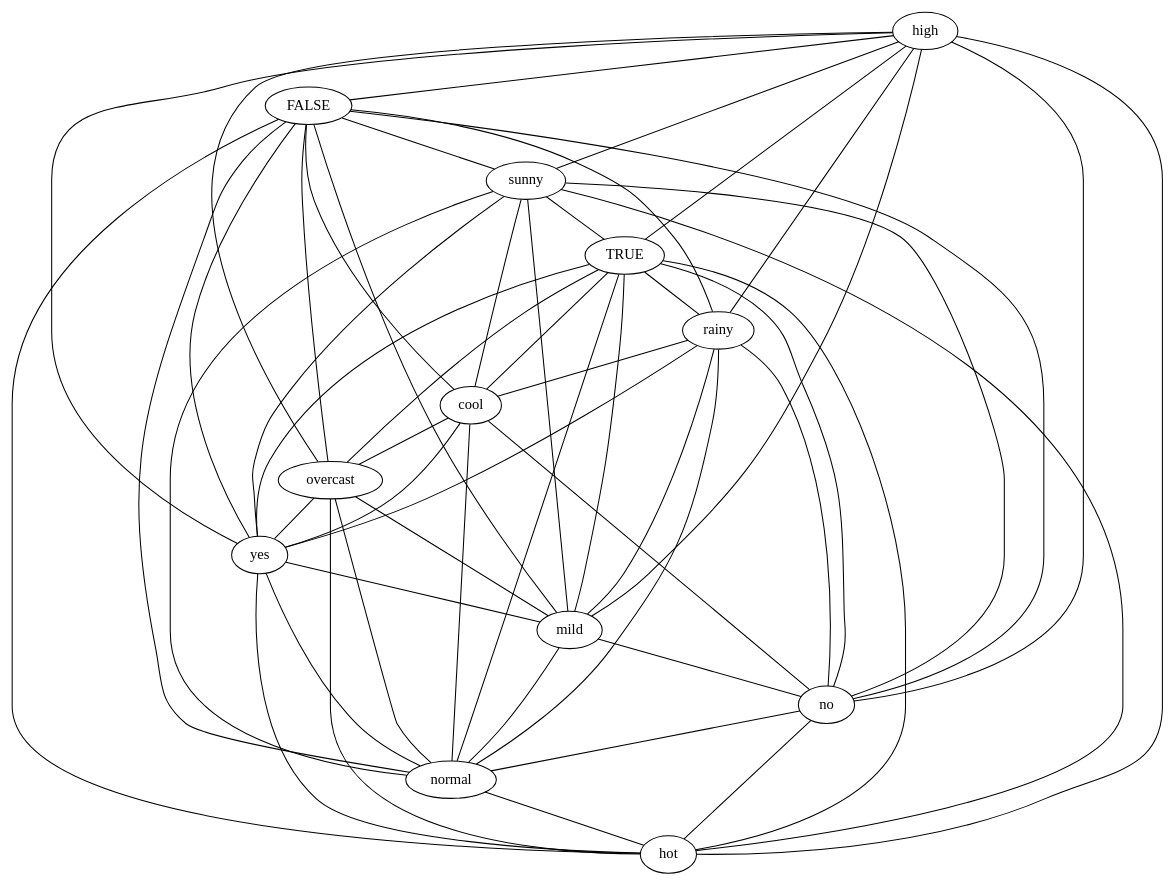
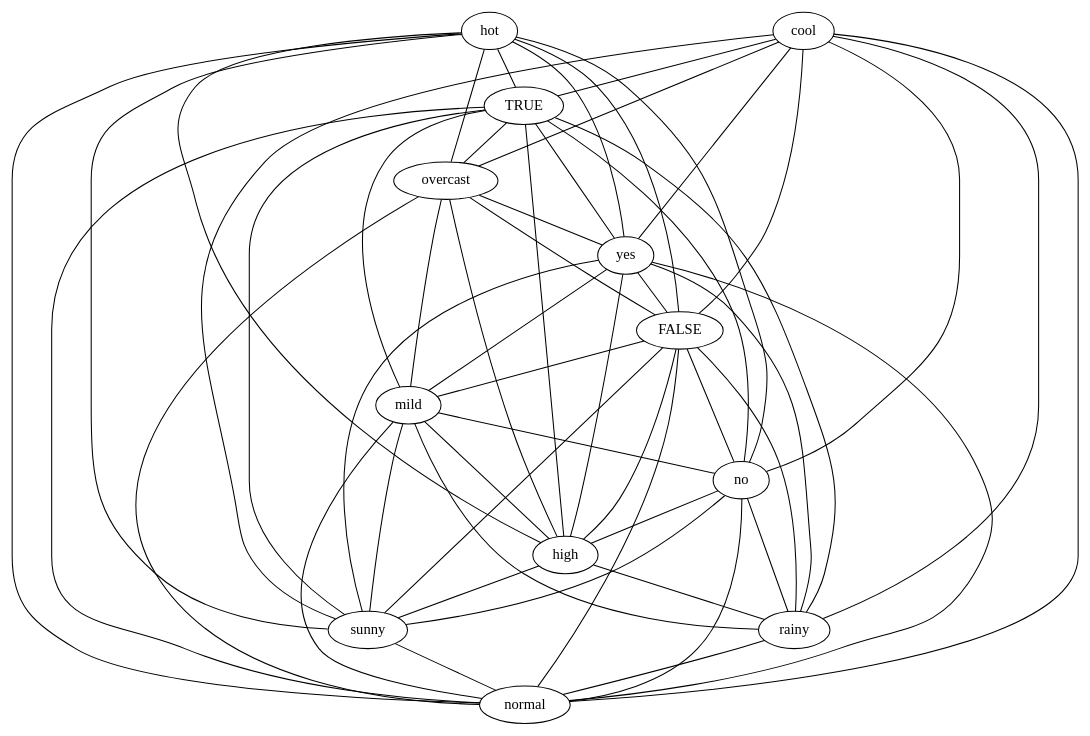
The diagram in src/final/planarGraph.dot (lrodrin/TFG), drawn with Graphviz before and after one commit. The commit also changed 6 other files, not shown here.

Commit message:
solucionat l'error que dónava a la creació del linear graph. acabats planar i linear grafs.

```diff
--- a/src/final/planarGraph.dot
+++ b/src/final/planarGraph.dot
@@ -1,68 +1,68 @@
 strict graph "" {
-high;
-FALSE;
-sunny;
+hot;
+cool;
 TRUE;
-rainy;
-cool;
 overcast;
 yes;
+FALSE;
 mild;
 no;
+high;
+rainy;
+sunny;
 normal;
-hot;
-high -- FALSE  [color=black];
-high -- overcast  [color=black];
-high -- rainy  [color=black];
-high -- mild  [color=black];
-high -- no  [color=black];
-high -- TRUE  [color=black];
-high -- sunny  [color=black];
-high -- hot  [color=black];
-high -- yes  [color=black];
-FALSE -- rainy  [color=black];
-FALSE -- hot  [color=black];
-FALSE -- mild  [color=black];
+hot -- overcast  [color=black];
+hot -- yes  [color=black];
+hot -- sunny  [color=black];
+hot -- normal  [color=black];
+hot -- TRUE  [color=black];
+hot -- no  [color=black];
+hot -- high  [color=black];
+hot -- FALSE  [color=black];
+cool -- overcast  [color=black];
+cool -- sunny  [color=black];
+cool -- normal  [color=black];
+cool -- TRUE  [color=black];
+cool -- no  [color=black];
+cool -- yes  [color=black];
+cool -- FALSE  [color=black];
+cool -- rainy  [color=black];
+TRUE -- overcast  [color=black];
+TRUE -- yes  [color=black];
+TRUE -- high  [color=black];
+TRUE -- no  [color=black];
+TRUE -- sunny  [color=black];
+TRUE -- rainy  [color=black];
+TRUE -- mild  [color=black];
+TRUE -- normal  [color=black];
+overcast -- yes  [color=black];
+overcast -- high  [color=black];
+overcast -- FALSE  [color=black];
+overcast -- mild  [color=black];
+overcast -- normal  [color=black];
+yes -- normal  [color=black];
+yes -- high  [color=black];
+yes -- FALSE  [color=black];
+yes -- sunny  [color=black];
+yes -- rainy  [color=black];
+yes -- mild  [color=black];
+FALSE -- high  [color=black];
 FALSE -- no  [color=black];
 FALSE -- sunny  [color=black];
+FALSE -- rainy  [color=black];
+FALSE -- mild  [color=black];
 FALSE -- normal  [color=black];
-FALSE -- cool  [color=black];
-FALSE -- overcast  [color=black];
-FALSE -- yes  [color=black];
+mild -- sunny  [color=black];
+mild -- normal  [color=black];
+mild -- no  [color=black];
+mild -- high  [color=black];
+mild -- rainy  [color=black];
+no -- sunny  [color=black];
+no -- high  [color=black];
+no -- rainy  [color=black];
+no -- normal  [color=black];
+high -- sunny  [color=black];
+high -- rainy  [color=black];
+rainy -- normal  [color=black];
 sunny -- normal  [color=black];
-sunny -- mild  [color=black];
-sunny -- TRUE  [color=black];
-sunny -- no  [color=black];
-sunny -- cool  [color=black];
-sunny -- hot  [color=black];
-sunny -- yes  [color=black];
-TRUE -- overcast  [color=black];
-TRUE -- normal  [color=black];
-TRUE -- hot  [color=black];
-TRUE -- mild  [color=black];
-TRUE -- no  [color=black];
-TRUE -- cool  [color=black];
-TRUE -- rainy  [color=black];
-TRUE -- yes  [color=black];
-rainy -- mild  [color=black];
-rainy -- no  [color=black];
-rainy -- normal  [color=black];
-rainy -- cool  [color=black];
-rainy -- yes  [color=black];
-cool -- overcast  [color=black];
-cool -- no  [color=black];
-cool -- normal  [color=black];
-cool -- yes  [color=black];
-overcast -- mild  [color=black];
-overcast -- hot  [color=black];
-overcast -- normal  [color=black];
-overcast -- yes  [color=black];
-yes -- normal  [color=black];
-yes -- mild  [color=black];
-yes -- hot  [color=black];
-mild -- no  [color=black];
-mild -- normal  [color=black];
-no -- normal  [color=black];
-no -- hot  [color=black];
-normal -- hot  [color=black];
 }
```
